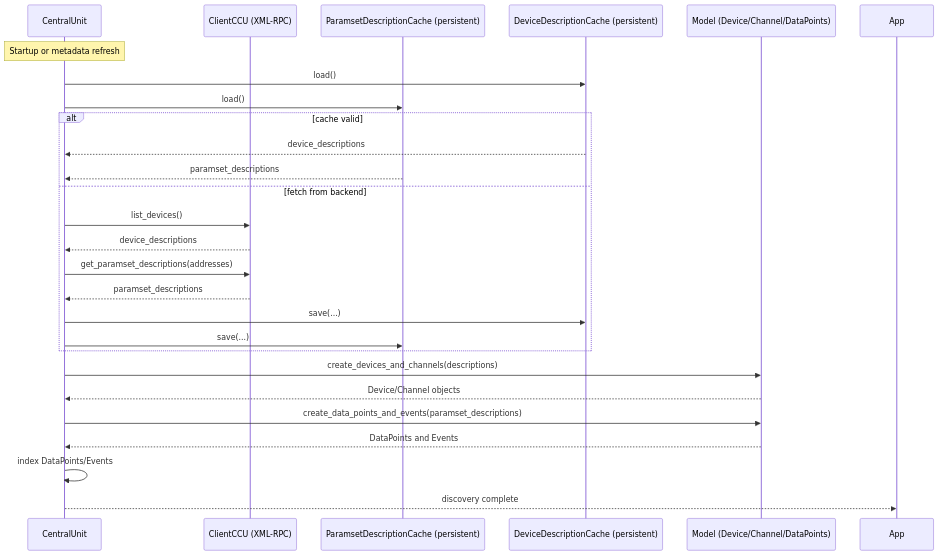
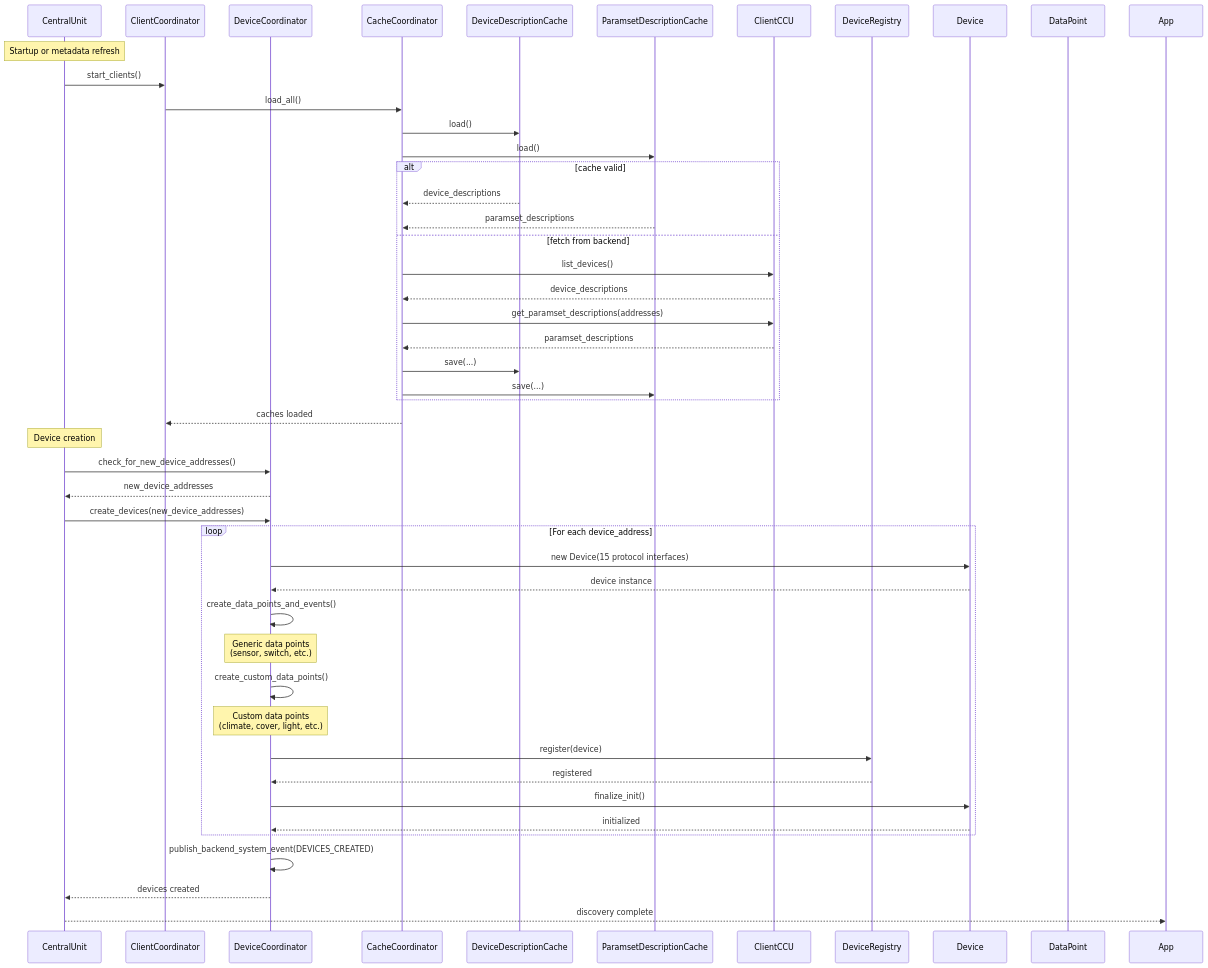
One commit to SukramJ/aiohomematic changed the second of 6 diagrams in docs/sequence_diagrams.md. Above: the diagram before and after it, drawn with Mermaid. The commit also changed other lines of this file and 15 other files, not shown here.

````diff
--- a/docs/sequence_diagrams.md
+++ b/docs/sequence_diagrams.md
@@ -44,28 +77,58 @@
 ```mermaid
 sequenceDiagram
   participant C as CentralUnit
-  participant CX as ClientCCU (XML-RPC)
-  participant PDC as ParamsetDescriptionCache (persistent)
-  participant DDC as DeviceDescriptionCache (persistent)
-  participant M as Model (Device/Channel/DataPoints)
+  participant CC as ClientCoordinator
+  participant DC as DeviceCoordinator
+  participant CaC as CacheCoordinator
+  participant DDC as DeviceDescriptionCache
+  participant PDC as ParamsetDescriptionCache
+  participant CX as ClientCCU
+  participant DR as DeviceRegistry
+  participant D as Device
+  participant DP as DataPoint
+
   Note over C: Startup or metadata refresh
-  C->>DDC: load()
-  C->>PDC: load()
+  C->>CC: start_clients()
+  CC->>CaC: load_all()
+  CaC->>DDC: load()
+  CaC->>PDC: load()
+
   alt cache valid
-    DDC-->>C: device_descriptions
-    PDC-->>C: paramset_descriptions
+    DDC-->>CaC: device_descriptions
+    PDC-->>CaC: paramset_descriptions
   else fetch from backend
-    C->>CX: list_devices()
-    CX-->>C: device_descriptions
-    C->>CX: get_paramset_descriptions(addresses)
-    CX-->>C: paramset_descriptions
-    C->>DDC: save(...)
-    C->>PDC: save(...)
+    CaC->>CX: list_devices()
+    CX-->>CaC: device_descriptions
+    CaC->>CX: get_paramset_descriptions(addresses)
+    CX-->>CaC: paramset_descriptions
+    CaC->>DDC: save(...)
+    CaC->>PDC: save(...)
   end
-  C->>M: create_devices_and_channels(descriptions)
-  M-->>C: Device/Channel objects
-  C->>M: create_data_points_and_events(paramset_descriptions)
-  M-->>C: DataPoints and Events
-  C->>C: index DataPoints/Events
+  CaC-->>CC: caches loaded
+
+  Note over C: Device creation
+  C->>DC: check_for_new_device_addresses()
+  DC-->>C: new_device_addresses
+
+  C->>DC: create_devices(new_device_addresses)
+
+  loop For each device_address
+    DC->>D: new Device(15 protocol interfaces)
+    D-->>DC: device instance
+
+    DC->>DC: create_data_points_and_events()
+    Note over DC: Generic data points<br/>(sensor, switch, etc.)
+    DC->>DC: create_custom_data_points()
+    Note over DC: Custom data points<br/>(climate, cover, light, etc.)
+
+    DC->>DR: register(device)
+    DR-->>DC: registered
+
+    DC->>D: finalize_init()
+    D-->>DC: initialized
+  end
+
+  DC->>DC: publish_backend_system_event(DEVICES_CREATED)
+  DC-->>C: devices created
   C-->>App: discovery complete
 ```
````
